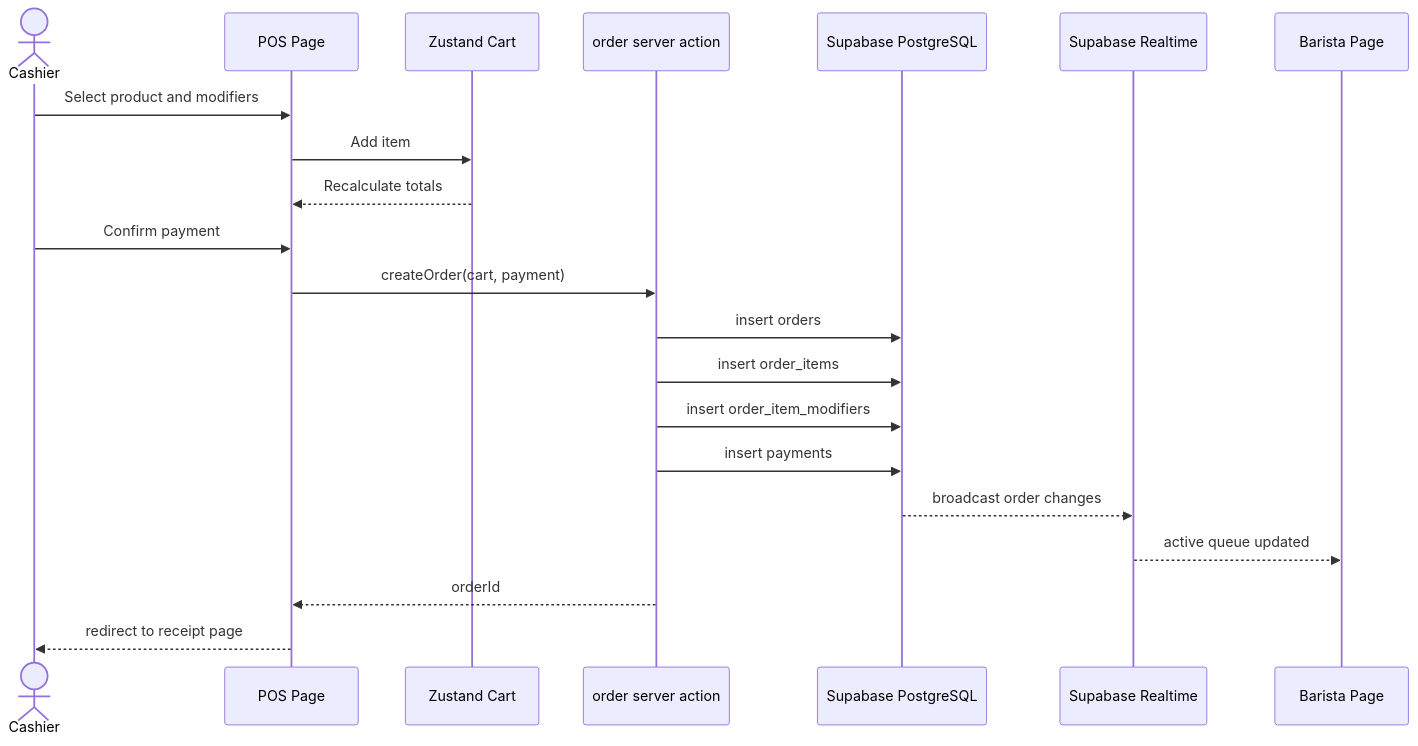
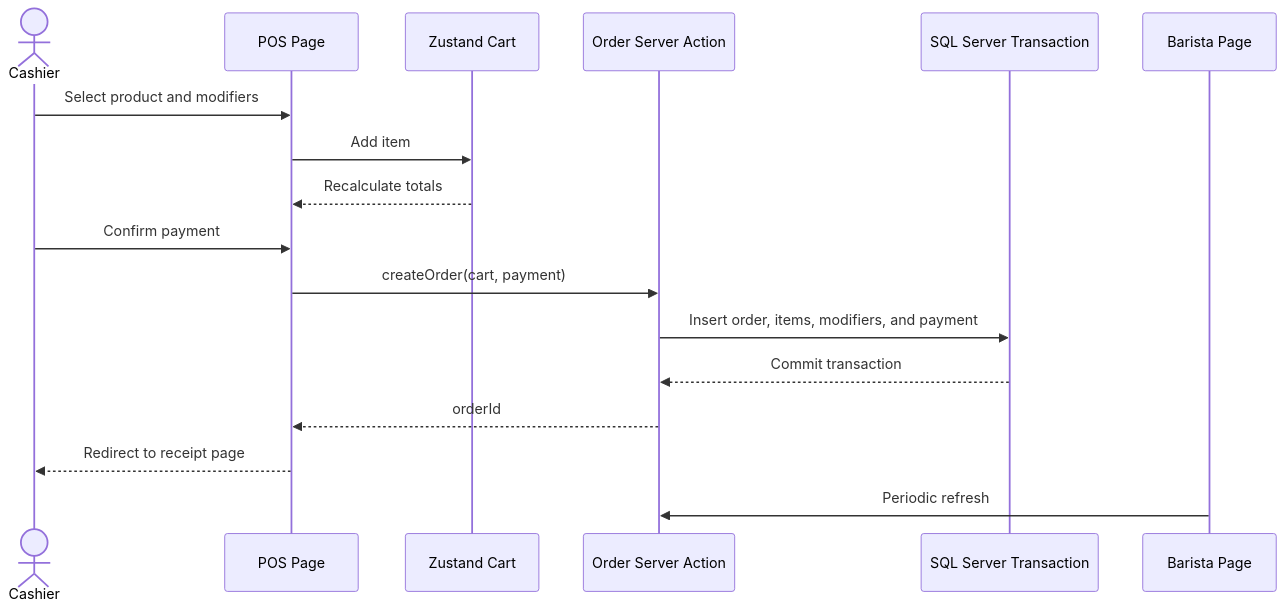
One commit to apiwatapply-svg/POS_coffee changed the fourth of 6 diagrams in docs/system_architecture.md. Above: the diagram before and after it, drawn with Mermaid. The commit also changed other lines of this file and 29 other files, not shown here.

````diff
--- a/docs/system_architecture.md
+++ b/docs/system_architecture.md
@@ -189,24 +176,20 @@
 ```mermaid
 sequenceDiagram
   actor Cashier
   participant POS as POS Page
   participant Cart as Zustand Cart
-  participant OrderAction as order server action
-  participant DB as Supabase PostgreSQL
-  participant Realtime as Supabase Realtime
+  participant OrderAction as Order Server Action
+  participant DB as SQL Server Transaction
   participant Barista as Barista Page
 
   Cashier->>POS: Select product and modifiers
   POS->>Cart: Add item
   Cart-->>POS: Recalculate totals
   Cashier->>POS: Confirm payment
   POS->>OrderAction: createOrder(cart, payment)
-  OrderAction->>DB: insert orders
-  OrderAction->>DB: insert order_items
-  OrderAction->>DB: insert order_item_modifiers
-  OrderAction->>DB: insert payments
-  DB-->>Realtime: broadcast order changes
-  Realtime-->>Barista: active queue updated
+  OrderAction->>DB: Insert order, items, modifiers, and payment
+  DB-->>OrderAction: Commit transaction
   OrderAction-->>POS: orderId
-  POS-->>Cashier: redirect to receipt page
+  POS-->>Cashier: Redirect to receipt page
+  Barista->>OrderAction: Periodic refresh
 ```
````
